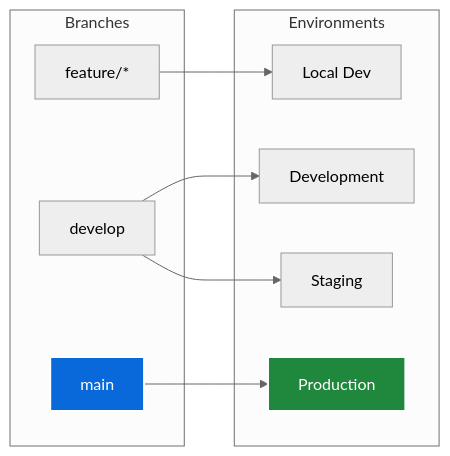
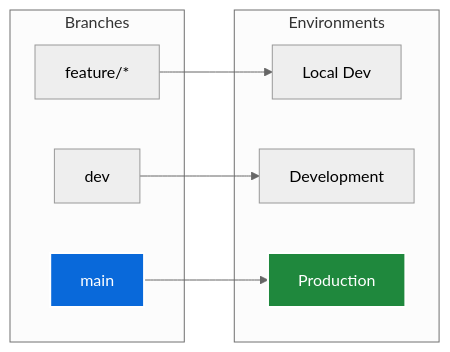
The second of 2 diagrams in docs/kulturHub/cicd.md (mvulcu/devops-portfolio-docs), drawn with Mermaid (neutral theme) before and after one commit. The commit also changed other lines of this file and 4 other files, not shown here.

First line of the commit message:
docs(kulturhub): harden architecture, security and cicd best practices

````diff
--- a/docs/kulturHub/cicd.md
+++ b/docs/kulturHub/cicd.md
@@ -278,23 +284,21 @@
 ```mermaid
 graph LR
     subgraph "Branches"
         A[feature/*]
-        B[develop]
+        B[dev]
         C[main]
     end
     
     subgraph "Environments"
         D[Local Dev]
         E[Development]
-        F[Staging]
-        G[Production]
+        F[Production]
     end
     
     A --> D
     B --> E
-    B --> F
-    C --> G
+    C --> F
     
     style C fill:#0969da,stroke:#fff,stroke-width:2px,color:#fff
-    style G fill:#1f883d,stroke:#fff,stroke-width:2px,color:#fff
+    style F fill:#1f883d,stroke:#fff,stroke-width:2px,color:#fff
 ```
````
